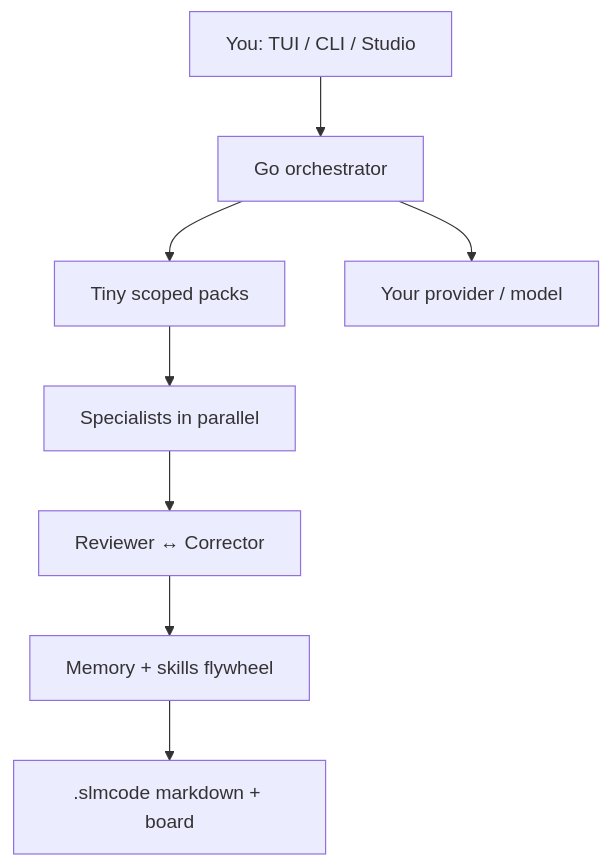
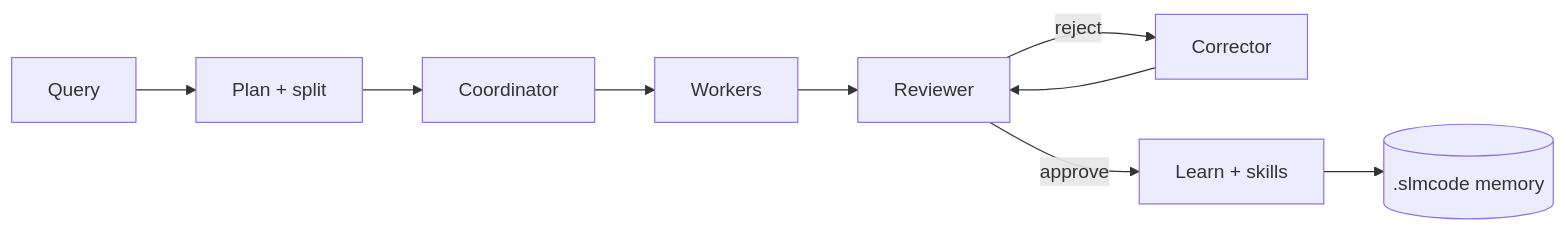
The diagram in docs/index.md (UnicoLab/smlcode), drawn with Mermaid before and after one commit. The commit also changed other lines of this file and 21 other files, not shown here.

````diff
--- a/docs/index.md
+++ b/docs/index.md
@@ -92,10 +105,11 @@
 ```mermaid
-flowchart TD
-  You[You: TUI / CLI / Studio] --> Orch[Go orchestrator]
-  Orch --> Pack[Tiny scoped packs]
-  Pack --> Specs[Specialists in parallel]
-  Specs --> Critic[Reviewer ↔ Corrector]
-  Critic --> Learn[Memory + skills flywheel]
-  Learn --> Disk[.slmcode markdown + board]
-  Orch --> LLM[Your provider / model]
+flowchart LR
+  Q[Query] --> P[Plan + split]
+  P --> C[Coordinator]
+  C --> W[Workers]
+  W --> R[Reviewer]
+  R -->|reject| X[Corrector]
+  X --> R
+  R -->|approve| L[Learn + skills]
+  L --> M[(.slmcode memory)]
 ```
````
